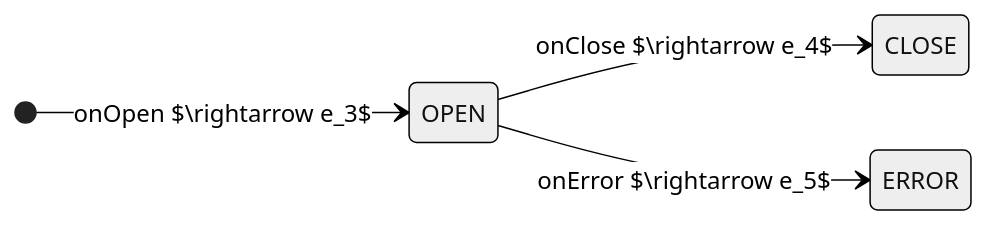
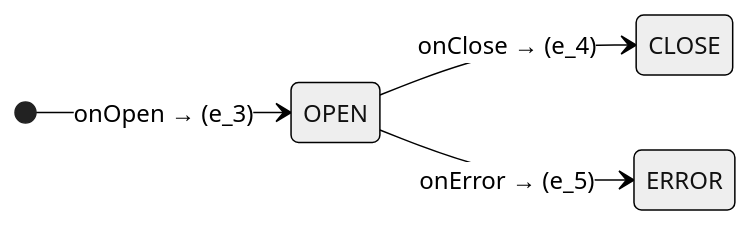
The second of 3 diagrams in docs/design/classes/core/networks/websocket/machine/v15/design/phase_2/websocket.client.context.md (zhifengzhang-sz/qi-v2-dp), drawn with Mermaid (neutral theme) before and after one commit. The commit also changed other lines of this file and 2 other files, not shown here.

````diff
--- a/docs/design/classes/core/networks/websocket/machine/v15/design/phase_2/websocket.client.context.md
+++ b/docs/design/classes/core/networks/websocket/machine/v15/design/phase_2/websocket.client.context.md
@@ -49,7 +40,7 @@
 ```mermaid
 stateDiagram-v2
     direction LR
-    [*] --> OPEN : onOpen $\rightarrow e_3$
-    OPEN --> CLOSE : onClose $\rightarrow e_4$
-    OPEN --> ERROR : onError $\rightarrow e_5$
+    [*] --> OPEN : onOpen → \(e_3\)
+    OPEN --> CLOSE : onClose → \(e_4\)
+    OPEN --> ERROR : onError → \(e_5\)
 ```
````
